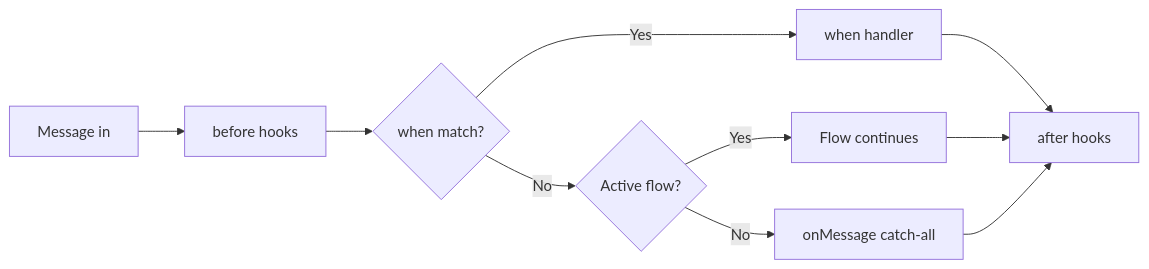
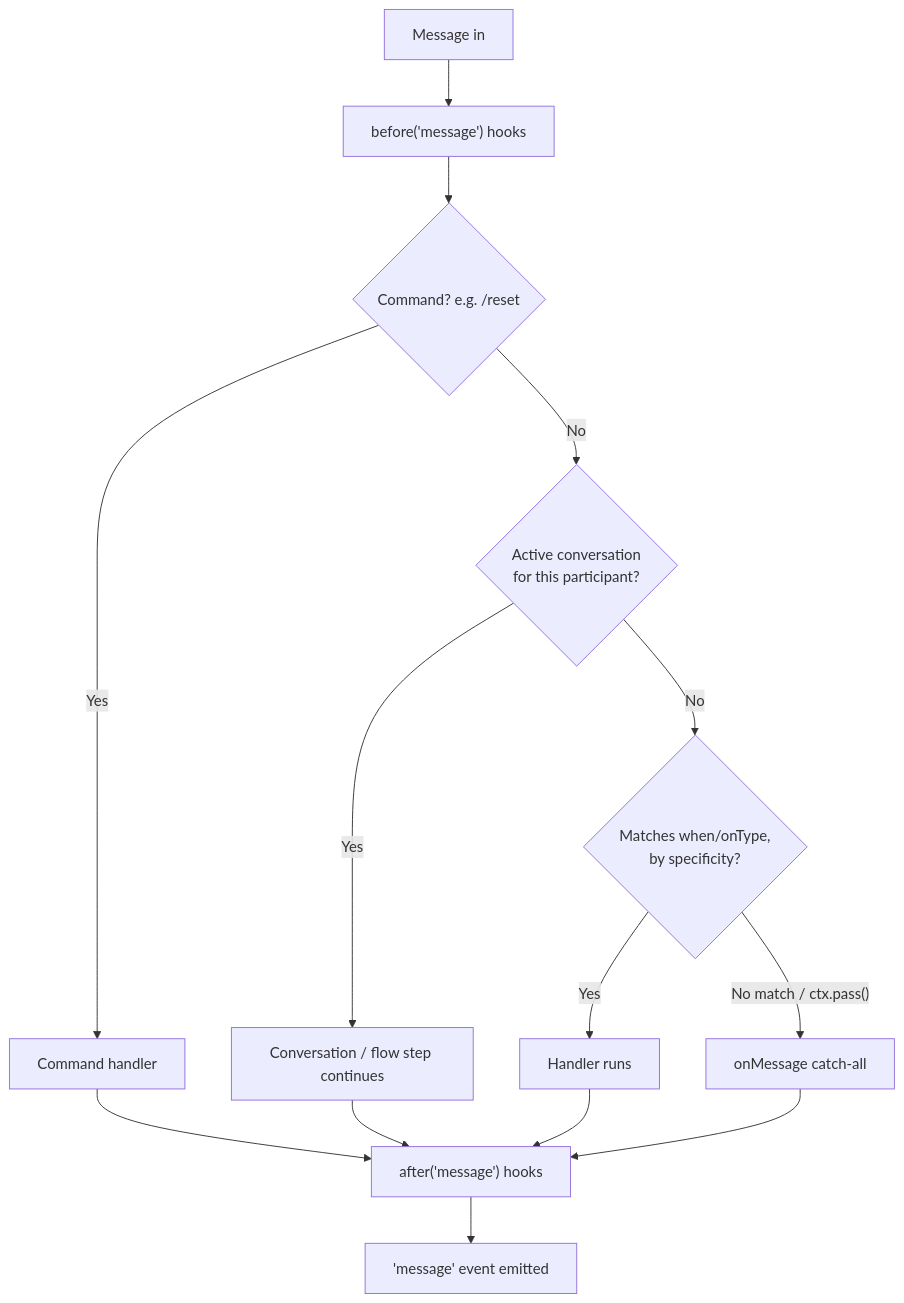
One commit to andresayac/bot-wa-baileys changed the diagram in docs/guide/concepts.md. Above: the diagram before and after it, drawn with Mermaid. The commit also changed other lines of this file and 38 other files, not shown here.

````diff
--- a/docs/guide/concepts.md
+++ b/docs/guide/concepts.md
@@ -7,12 +11,16 @@
 ```mermaid
-flowchart LR
-    A[Message in] --> B[before hooks]
-    B --> C{when match?}
-    C -->|Yes| D[when handler]
-    C -->|No| E{Active flow?}
-    E -->|Yes| F[Flow continues]
-    E -->|No| G[onMessage catch-all]
-    D --> H[after hooks]
-    F --> H
-    G --> H
+flowchart TD
+    A[Message in] --> B["before('message') hooks"]
+    B --> C{"Command? e.g. /reset"}
+    C -->|Yes| D[Command handler]
+    C -->|No| E{Active conversation<br/>for this participant?}
+    E -->|Yes| F[Conversation / flow step continues]
+    E -->|No| G{Matches when/onType,<br/>by specificity?}
+    G -->|Yes| H[Handler runs]
+    G -->|"No match / ctx.pass()"| I[onMessage catch-all]
+    D --> J["after('message') hooks"]
+    F --> J
+    H --> J
+    I --> J
+    J --> K["'message' event emitted"]
 ```
````
